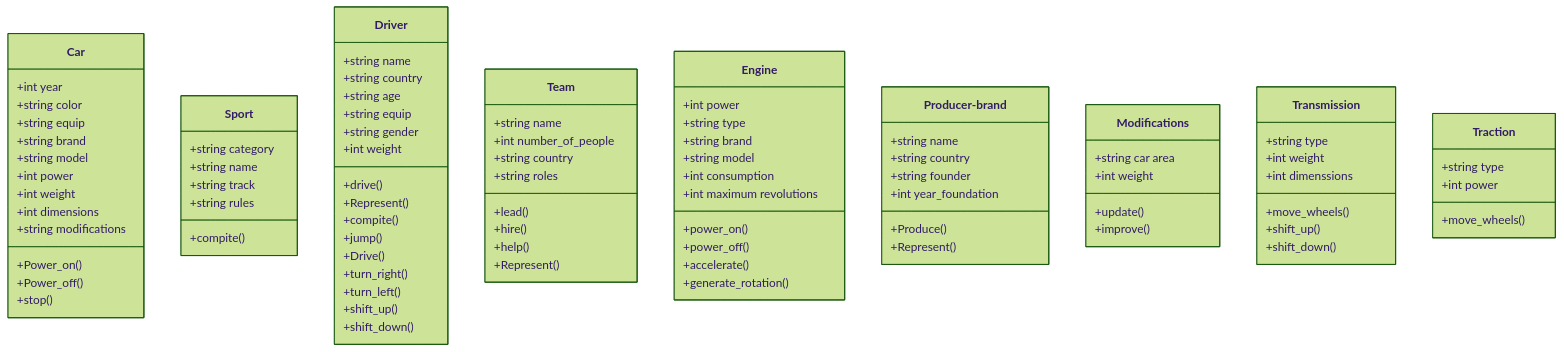
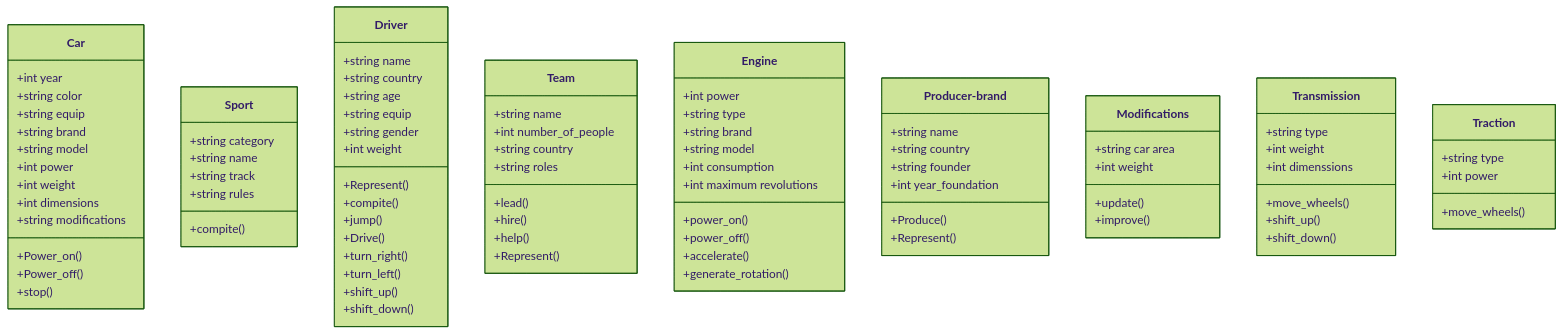
Before and after one commit to MiguelCodes9/Reto-2: the first of 4 diagrams in README.md, drawn with Mermaid (forest theme). The commit also changed other lines of this file, not shown here.

```diff
--- a/README.md
+++ b/README.md
@@ -43,7 +43,7 @@
               +int weight 
               
               
-              +drive()
+             
               +Represent()
               +compite()
               +jump()
```
